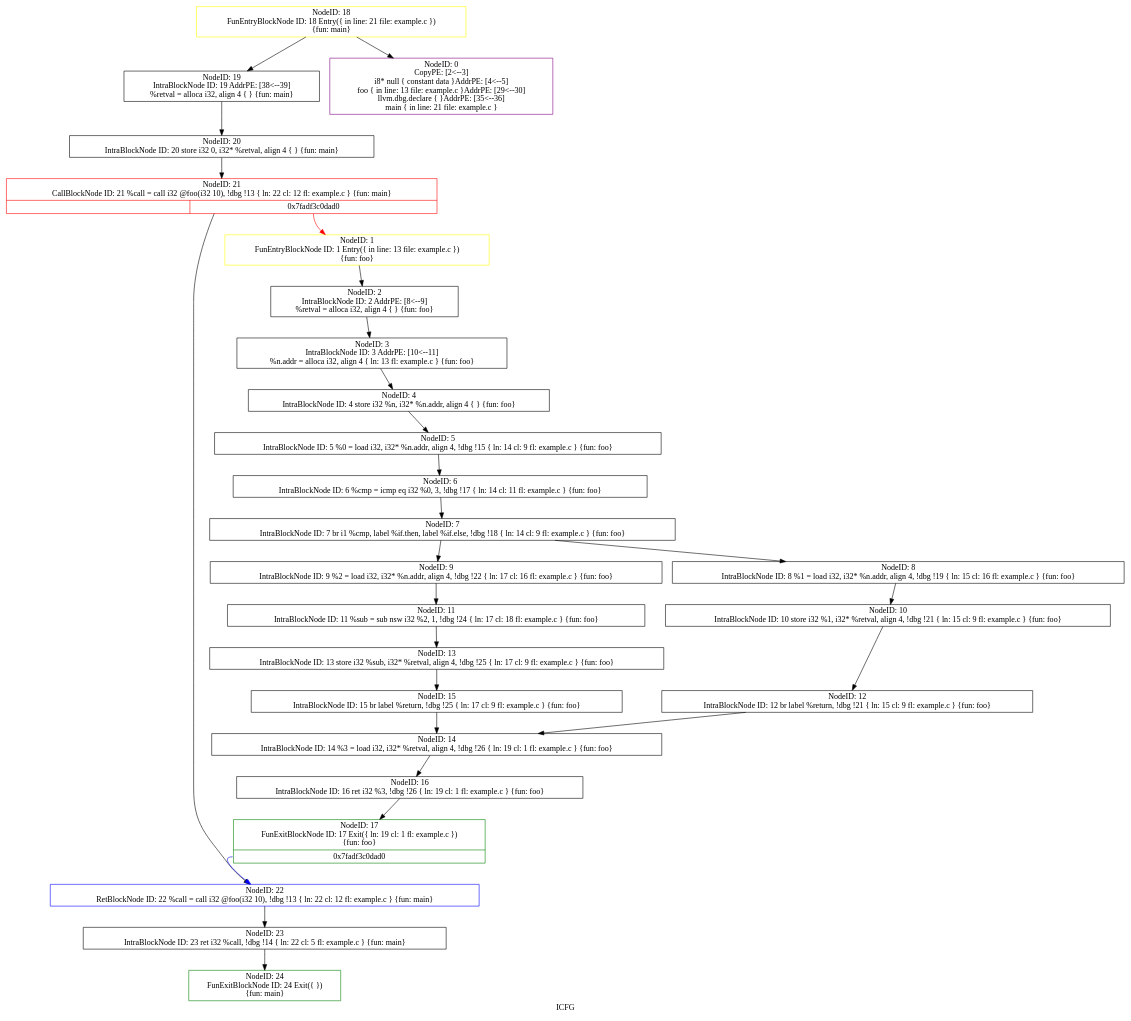
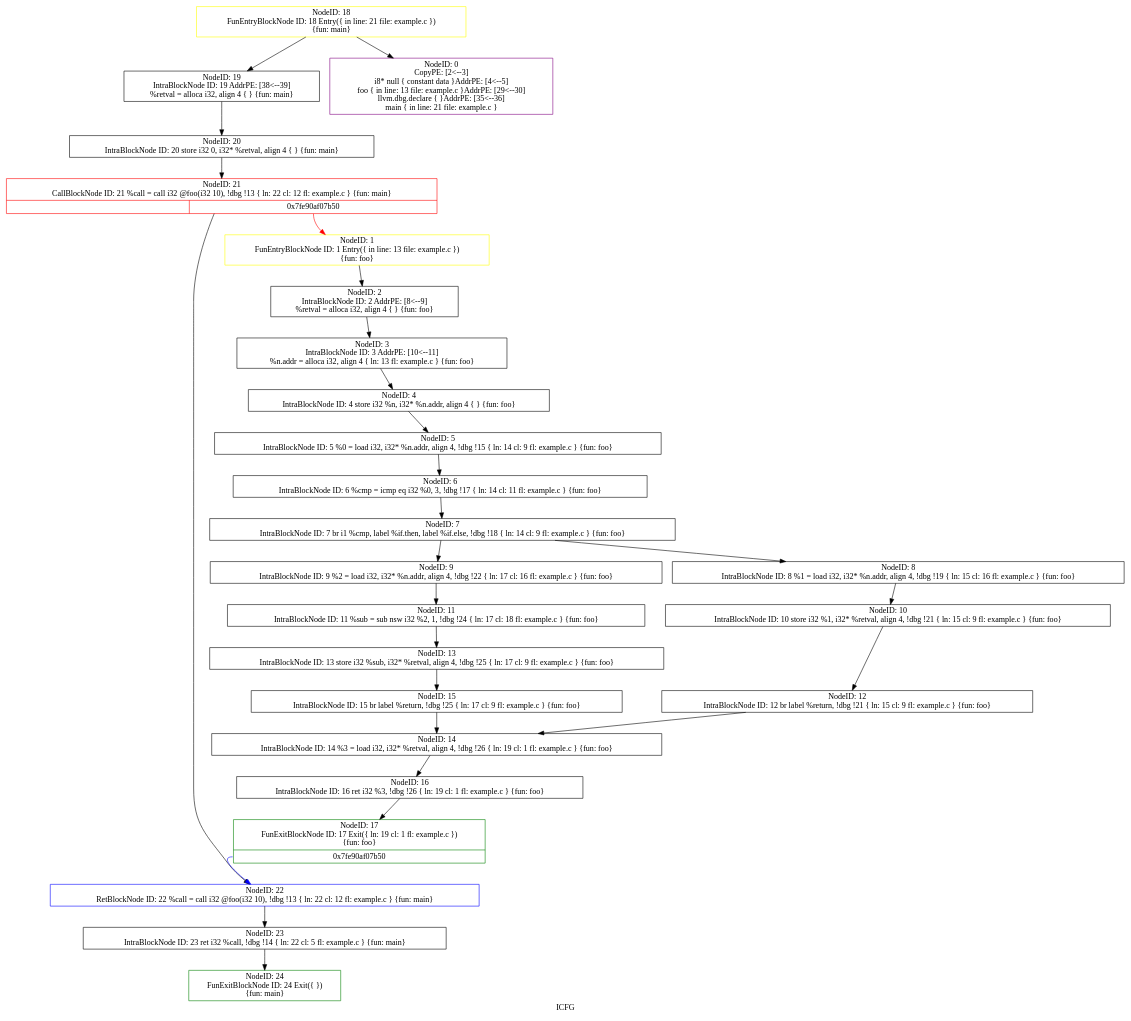
The diagram in icfg.dot (triciadang/symbolicexecutionsvf), drawn with Graphviz before and after one commit. The commit also changed 24 other files, not shown here.

```diff
--- a/icfg.dot
+++ b/icfg.dot
@@ -1,55 +1,55 @@
 digraph "ICFG" {
 	label="ICFG";
 
-	Node0x7fadf3c16f50 [shape=record,color=green,label="{NodeID: 24\nFunExitBlockNode ID: 24 Exit(\{  \})\n \{fun: main\}}"];
-	Node0x7fadf3c18050 [shape=record,color=black,label="{NodeID: 23\nIntraBlockNode ID: 23      ret i32 %call, !dbg !14 \{ ln: 22  cl: 5  fl: example.c \}    \{fun: main\}}"];
-	Node0x7fadf3c18050 -> Node0x7fadf3c16f50[style=solid];
-	Node0x7fadf3c17e60 [shape=record,color=blue,label="{NodeID: 22\nRetBlockNode ID: 22   %call = call i32 @foo(i32 10), !dbg !13 \{ ln: 22  cl: 12  fl: example.c \} \{fun: main\}}"];
-	Node0x7fadf3c17e60 -> Node0x7fadf3c18050[style=solid];
-	Node0x7fadf3c17d20 [shape=record,color=red,label="{NodeID: 21\nCallBlockNode ID: 21   %call = call i32 @foo(i32 10), !dbg !13 \{ ln: 22  cl: 12  fl: example.c \} \{fun: main\}|{|<s1>0x7fadf3c0dad0}}"];
-	Node0x7fadf3c17d20 -> Node0x7fadf3c17e60[style=solid];
-	Node0x7fadf3c17d20:s1 -> Node0x7fadf3c0ade0[style=solid,color=red];
-	Node0x7fadf3c17c00 [shape=record,color=black,label="{NodeID: 20\nIntraBlockNode ID: 20      store i32 0, i32* %retval, align 4 \{  \}    \{fun: main\}}"];
-	Node0x7fadf3c17c00 -> Node0x7fadf3c17d20[style=solid];
-	Node0x7fadf3c17590 [shape=record,color=black,label="{NodeID: 19\nIntraBlockNode ID: 19   AddrPE: [38\<--39]  \n   %retval = alloca i32, align 4 \{  \} \{fun: main\}}"];
-	Node0x7fadf3c17590 -> Node0x7fadf3c17c00[style=solid];
-	Node0x7fadf3c17ad0 [shape=record,color=yellow,label="{NodeID: 18\nFunEntryBlockNode ID: 18 Entry(\{ in line: 21 file: example.c \})\n \{fun: main\}}"];
-	Node0x7fadf3c17ad0 -> Node0x7fadf3c0acf0[style=solid];
-	Node0x7fadf3c17ad0 -> Node0x7fadf3c17590[style=solid];
-	Node0x7fadf3c17970 [shape=record,color=green,label="{NodeID: 17\nFunExitBlockNode ID: 17 Exit(\{ ln: 19  cl: 1  fl: example.c \})\n \{fun: foo\}|{<s0>0x7fadf3c0dad0}}"];
-	Node0x7fadf3c17970:s0 -> Node0x7fadf3c17e60[style=solid,color=blue];
-	Node0x7fadf3c177a0 [shape=record,color=black,label="{NodeID: 16\nIntraBlockNode ID: 16      ret i32 %3, !dbg !26 \{ ln: 19  cl: 1  fl: example.c \}    \{fun: foo\}}"];
-	Node0x7fadf3c177a0 -> Node0x7fadf3c17970[style=solid];
-	Node0x7fadf3c17620 [shape=record,color=black,label="{NodeID: 15\nIntraBlockNode ID: 15      br label %return, !dbg !25 \{ ln: 17  cl: 9  fl: example.c \}    \{fun: foo\}}"];
-	Node0x7fadf3c17620 -> Node0x7fadf3c17440[style=solid];
-	Node0x7fadf3c17440 [shape=record,color=black,label="{NodeID: 14\nIntraBlockNode ID: 14      %3 = load i32, i32* %retval, align 4, !dbg !26 \{ ln: 19  cl: 1  fl: example.c \}    \{fun: foo\}}"];
-	Node0x7fadf3c17440 -> Node0x7fadf3c177a0[style=solid];
-	Node0x7fadf3c17200 [shape=record,color=black,label="{NodeID: 13\nIntraBlockNode ID: 13      store i32 %sub, i32* %retval, align 4, !dbg !25 \{ ln: 17  cl: 9  fl: example.c \}    \{fun: foo\}}"];
-	Node0x7fadf3c17200 -> Node0x7fadf3c17620[style=solid];
-	Node0x7fadf3c170e0 [shape=record,color=black,label="{NodeID: 12\nIntraBlockNode ID: 12      br label %return, !dbg !21 \{ ln: 15  cl: 9  fl: example.c \}    \{fun: foo\}}"];
-	Node0x7fadf3c170e0 -> Node0x7fadf3c17440[style=solid];
-	Node0x7fadf3c16ec0 [shape=record,color=black,label="{NodeID: 11\nIntraBlockNode ID: 11      %sub = sub nsw i32 %2, 1, !dbg !24 \{ ln: 17  cl: 18  fl: example.c \}    \{fun: foo\}}"];
-	Node0x7fadf3c16ec0 -> Node0x7fadf3c17200[style=solid];
-	Node0x7fadf3c16da0 [shape=record,color=black,label="{NodeID: 10\nIntraBlockNode ID: 10      store i32 %1, i32* %retval, align 4, !dbg !21 \{ ln: 15  cl: 9  fl: example.c \}    \{fun: foo\}}"];
-	Node0x7fadf3c16da0 -> Node0x7fadf3c170e0[style=solid];
-	Node0x7fadf3c16c80 [shape=record,color=black,label="{NodeID: 9\nIntraBlockNode ID: 9      %2 = load i32, i32* %n.addr, align 4, !dbg !22 \{ ln: 17  cl: 16  fl: example.c \}    \{fun: foo\}}"];
-	Node0x7fadf3c16c80 -> Node0x7fadf3c16ec0[style=solid];
-	Node0x7fadf3c16b90 [shape=record,color=black,label="{NodeID: 8\nIntraBlockNode ID: 8      %1 = load i32, i32* %n.addr, align 4, !dbg !19 \{ ln: 15  cl: 16  fl: example.c \}    \{fun: foo\}}"];
-	Node0x7fadf3c16b90 -> Node0x7fadf3c16da0[style=solid];
-	Node0x7fadf3c169e0 [shape=record,color=black,label="{NodeID: 7\nIntraBlockNode ID: 7      br i1 %cmp, label %if.then, label %if.else, !dbg !18 \{ ln: 14  cl: 9  fl: example.c \}    \{fun: foo\}}"];
-	Node0x7fadf3c169e0 -> Node0x7fadf3c16b90[style=solid];
-	Node0x7fadf3c169e0 -> Node0x7fadf3c16c80[style=solid];
-	Node0x7fadf3c168c0 [shape=record,color=black,label="{NodeID: 6\nIntraBlockNode ID: 6      %cmp = icmp eq i32 %0, 3, !dbg !17 \{ ln: 14  cl: 11  fl: example.c \}    \{fun: foo\}}"];
-	Node0x7fadf3c168c0 -> Node0x7fadf3c169e0[style=solid];
-	Node0x7fadf3c16770 [shape=record,color=black,label="{NodeID: 5\nIntraBlockNode ID: 5      %0 = load i32, i32* %n.addr, align 4, !dbg !15 \{ ln: 14  cl: 9  fl: example.c \}    \{fun: foo\}}"];
-	Node0x7fadf3c16770 -> Node0x7fadf3c168c0[style=solid];
-	Node0x7fadf3c165f0 [shape=record,color=black,label="{NodeID: 4\nIntraBlockNode ID: 4      store i32 %n, i32* %n.addr, align 4 \{  \}    \{fun: foo\}}"];
-	Node0x7fadf3c165f0 -> Node0x7fadf3c16770[style=solid];
-	Node0x7fadf3c164d0 [shape=record,color=black,label="{NodeID: 3\nIntraBlockNode ID: 3   AddrPE: [10\<--11]  \n   %n.addr = alloca i32, align 4 \{ ln: 13 fl: example.c \} \{fun: foo\}}"];
-	Node0x7fadf3c164d0 -> Node0x7fadf3c165f0[style=solid];
-	Node0x7fadf3c163b0 [shape=record,color=black,label="{NodeID: 2\nIntraBlockNode ID: 2   AddrPE: [8\<--9]  \n   %retval = alloca i32, align 4 \{  \} \{fun: foo\}}"];
-	Node0x7fadf3c163b0 -> Node0x7fadf3c164d0[style=solid];
-	Node0x7fadf3c0ade0 [shape=record,color=yellow,label="{NodeID: 1\nFunEntryBlockNode ID: 1 Entry(\{ in line: 13 file: example.c \})\n \{fun: foo\}}"];
-	Node0x7fadf3c0ade0 -> Node0x7fadf3c163b0[style=solid];
-	Node0x7fadf3c0acf0 [shape=record,color=purple,label="{NodeID: 0\nCopyPE: [2\<--3]  \n i8* null \{ constant data \}AddrPE: [4\<--5]  \n foo \{ in line: 13 file: example.c \}AddrPE: [29\<--30]  \n llvm.dbg.declare \{  \}AddrPE: [35\<--36]  \n main \{ in line: 21 file: example.c \}}"];
+	Node0x7fe90af10fe0 [shape=record,color=green,label="{NodeID: 24\nFunExitBlockNode ID: 24 Exit(\{  \})\n \{fun: main\}}"];
+	Node0x7fe90af120e0 [shape=record,color=black,label="{NodeID: 23\nIntraBlockNode ID: 23      ret i32 %call, !dbg !14 \{ ln: 22  cl: 5  fl: example.c \}    \{fun: main\}}"];
+	Node0x7fe90af120e0 -> Node0x7fe90af10fe0[style=solid];
+	Node0x7fe90af11ef0 [shape=record,color=blue,label="{NodeID: 22\nRetBlockNode ID: 22   %call = call i32 @foo(i32 10), !dbg !13 \{ ln: 22  cl: 12  fl: example.c \} \{fun: main\}}"];
+	Node0x7fe90af11ef0 -> Node0x7fe90af120e0[style=solid];
+	Node0x7fe90af11db0 [shape=record,color=red,label="{NodeID: 21\nCallBlockNode ID: 21   %call = call i32 @foo(i32 10), !dbg !13 \{ ln: 22  cl: 12  fl: example.c \} \{fun: main\}|{|<s1>0x7fe90af07b50}}"];
+	Node0x7fe90af11db0 -> Node0x7fe90af11ef0[style=solid];
+	Node0x7fe90af11db0:s1 -> Node0x7fe90af04e30[style=solid,color=red];
+	Node0x7fe90af11c90 [shape=record,color=black,label="{NodeID: 20\nIntraBlockNode ID: 20      store i32 0, i32* %retval, align 4 \{  \}    \{fun: main\}}"];
+	Node0x7fe90af11c90 -> Node0x7fe90af11db0[style=solid];
+	Node0x7fe90af11620 [shape=record,color=black,label="{NodeID: 19\nIntraBlockNode ID: 19   AddrPE: [38\<--39]  \n   %retval = alloca i32, align 4 \{  \} \{fun: main\}}"];
+	Node0x7fe90af11620 -> Node0x7fe90af11c90[style=solid];
+	Node0x7fe90af11b60 [shape=record,color=yellow,label="{NodeID: 18\nFunEntryBlockNode ID: 18 Entry(\{ in line: 21 file: example.c \})\n \{fun: main\}}"];
+	Node0x7fe90af11b60 -> Node0x7fe90af04d40[style=solid];
+	Node0x7fe90af11b60 -> Node0x7fe90af11620[style=solid];
+	Node0x7fe90af11a00 [shape=record,color=green,label="{NodeID: 17\nFunExitBlockNode ID: 17 Exit(\{ ln: 19  cl: 1  fl: example.c \})\n \{fun: foo\}|{<s0>0x7fe90af07b50}}"];
+	Node0x7fe90af11a00:s0 -> Node0x7fe90af11ef0[style=solid,color=blue];
+	Node0x7fe90af11830 [shape=record,color=black,label="{NodeID: 16\nIntraBlockNode ID: 16      ret i32 %3, !dbg !26 \{ ln: 19  cl: 1  fl: example.c \}    \{fun: foo\}}"];
+	Node0x7fe90af11830 -> Node0x7fe90af11a00[style=solid];
+	Node0x7fe90af116b0 [shape=record,color=black,label="{NodeID: 15\nIntraBlockNode ID: 15      br label %return, !dbg !25 \{ ln: 17  cl: 9  fl: example.c \}    \{fun: foo\}}"];
+	Node0x7fe90af116b0 -> Node0x7fe90af114d0[style=solid];
+	Node0x7fe90af114d0 [shape=record,color=black,label="{NodeID: 14\nIntraBlockNode ID: 14      %3 = load i32, i32* %retval, align 4, !dbg !26 \{ ln: 19  cl: 1  fl: example.c \}    \{fun: foo\}}"];
+	Node0x7fe90af114d0 -> Node0x7fe90af11830[style=solid];
+	Node0x7fe90af11290 [shape=record,color=black,label="{NodeID: 13\nIntraBlockNode ID: 13      store i32 %sub, i32* %retval, align 4, !dbg !25 \{ ln: 17  cl: 9  fl: example.c \}    \{fun: foo\}}"];
+	Node0x7fe90af11290 -> Node0x7fe90af116b0[style=solid];
+	Node0x7fe90af11170 [shape=record,color=black,label="{NodeID: 12\nIntraBlockNode ID: 12      br label %return, !dbg !21 \{ ln: 15  cl: 9  fl: example.c \}    \{fun: foo\}}"];
+	Node0x7fe90af11170 -> Node0x7fe90af114d0[style=solid];
+	Node0x7fe90af10f50 [shape=record,color=black,label="{NodeID: 11\nIntraBlockNode ID: 11      %sub = sub nsw i32 %2, 1, !dbg !24 \{ ln: 17  cl: 18  fl: example.c \}    \{fun: foo\}}"];
+	Node0x7fe90af10f50 -> Node0x7fe90af11290[style=solid];
+	Node0x7fe90af10e30 [shape=record,color=black,label="{NodeID: 10\nIntraBlockNode ID: 10      store i32 %1, i32* %retval, align 4, !dbg !21 \{ ln: 15  cl: 9  fl: example.c \}    \{fun: foo\}}"];
+	Node0x7fe90af10e30 -> Node0x7fe90af11170[style=solid];
+	Node0x7fe90af10d10 [shape=record,color=black,label="{NodeID: 9\nIntraBlockNode ID: 9      %2 = load i32, i32* %n.addr, align 4, !dbg !22 \{ ln: 17  cl: 16  fl: example.c \}    \{fun: foo\}}"];
+	Node0x7fe90af10d10 -> Node0x7fe90af10f50[style=solid];
+	Node0x7fe90af10c20 [shape=record,color=black,label="{NodeID: 8\nIntraBlockNode ID: 8      %1 = load i32, i32* %n.addr, align 4, !dbg !19 \{ ln: 15  cl: 16  fl: example.c \}    \{fun: foo\}}"];
+	Node0x7fe90af10c20 -> Node0x7fe90af10e30[style=solid];
+	Node0x7fe90af10a70 [shape=record,color=black,label="{NodeID: 7\nIntraBlockNode ID: 7      br i1 %cmp, label %if.then, label %if.else, !dbg !18 \{ ln: 14  cl: 9  fl: example.c \}    \{fun: foo\}}"];
+	Node0x7fe90af10a70 -> Node0x7fe90af10c20[style=solid];
+	Node0x7fe90af10a70 -> Node0x7fe90af10d10[style=solid];
+	Node0x7fe90af10950 [shape=record,color=black,label="{NodeID: 6\nIntraBlockNode ID: 6      %cmp = icmp eq i32 %0, 3, !dbg !17 \{ ln: 14  cl: 11  fl: example.c \}    \{fun: foo\}}"];
+	Node0x7fe90af10950 -> Node0x7fe90af10a70[style=solid];
+	Node0x7fe90af10800 [shape=record,color=black,label="{NodeID: 5\nIntraBlockNode ID: 5      %0 = load i32, i32* %n.addr, align 4, !dbg !15 \{ ln: 14  cl: 9  fl: example.c \}    \{fun: foo\}}"];
+	Node0x7fe90af10800 -> Node0x7fe90af10950[style=solid];
+	Node0x7fe90af10680 [shape=record,color=black,label="{NodeID: 4\nIntraBlockNode ID: 4      store i32 %n, i32* %n.addr, align 4 \{  \}    \{fun: foo\}}"];
+	Node0x7fe90af10680 -> Node0x7fe90af10800[style=solid];
+	Node0x7fe90af10560 [shape=record,color=black,label="{NodeID: 3\nIntraBlockNode ID: 3   AddrPE: [10\<--11]  \n   %n.addr = alloca i32, align 4 \{ ln: 13 fl: example.c \} \{fun: foo\}}"];
+	Node0x7fe90af10560 -> Node0x7fe90af10680[style=solid];
+	Node0x7fe90af10440 [shape=record,color=black,label="{NodeID: 2\nIntraBlockNode ID: 2   AddrPE: [8\<--9]  \n   %retval = alloca i32, align 4 \{  \} \{fun: foo\}}"];
+	Node0x7fe90af10440 -> Node0x7fe90af10560[style=solid];
+	Node0x7fe90af04e30 [shape=record,color=yellow,label="{NodeID: 1\nFunEntryBlockNode ID: 1 Entry(\{ in line: 13 file: example.c \})\n \{fun: foo\}}"];
+	Node0x7fe90af04e30 -> Node0x7fe90af10440[style=solid];
+	Node0x7fe90af04d40 [shape=record,color=purple,label="{NodeID: 0\nCopyPE: [2\<--3]  \n i8* null \{ constant data \}AddrPE: [4\<--5]  \n foo \{ in line: 13 file: example.c \}AddrPE: [29\<--30]  \n llvm.dbg.declare \{  \}AddrPE: [35\<--36]  \n main \{ in line: 21 file: example.c \}}"];
 }
```
